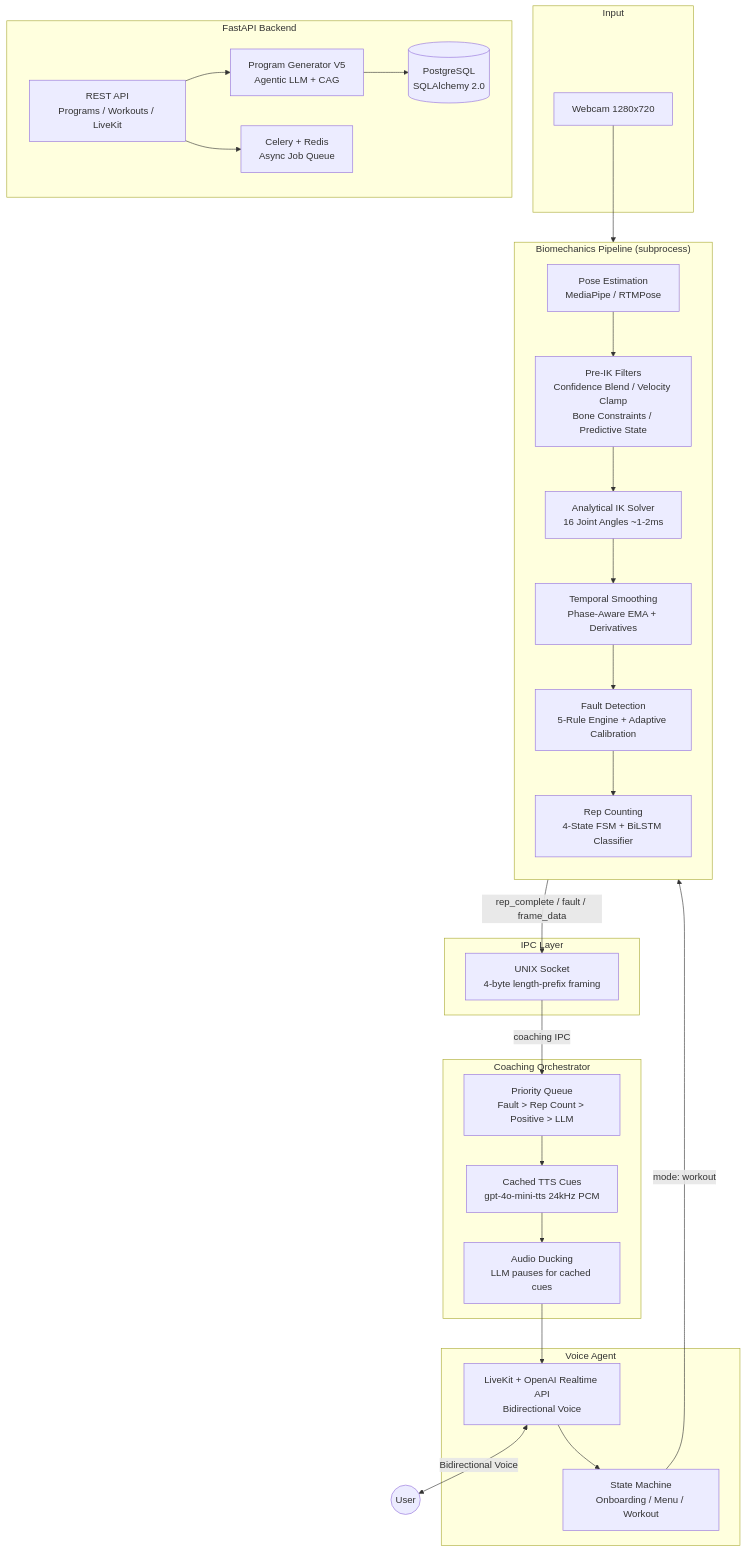
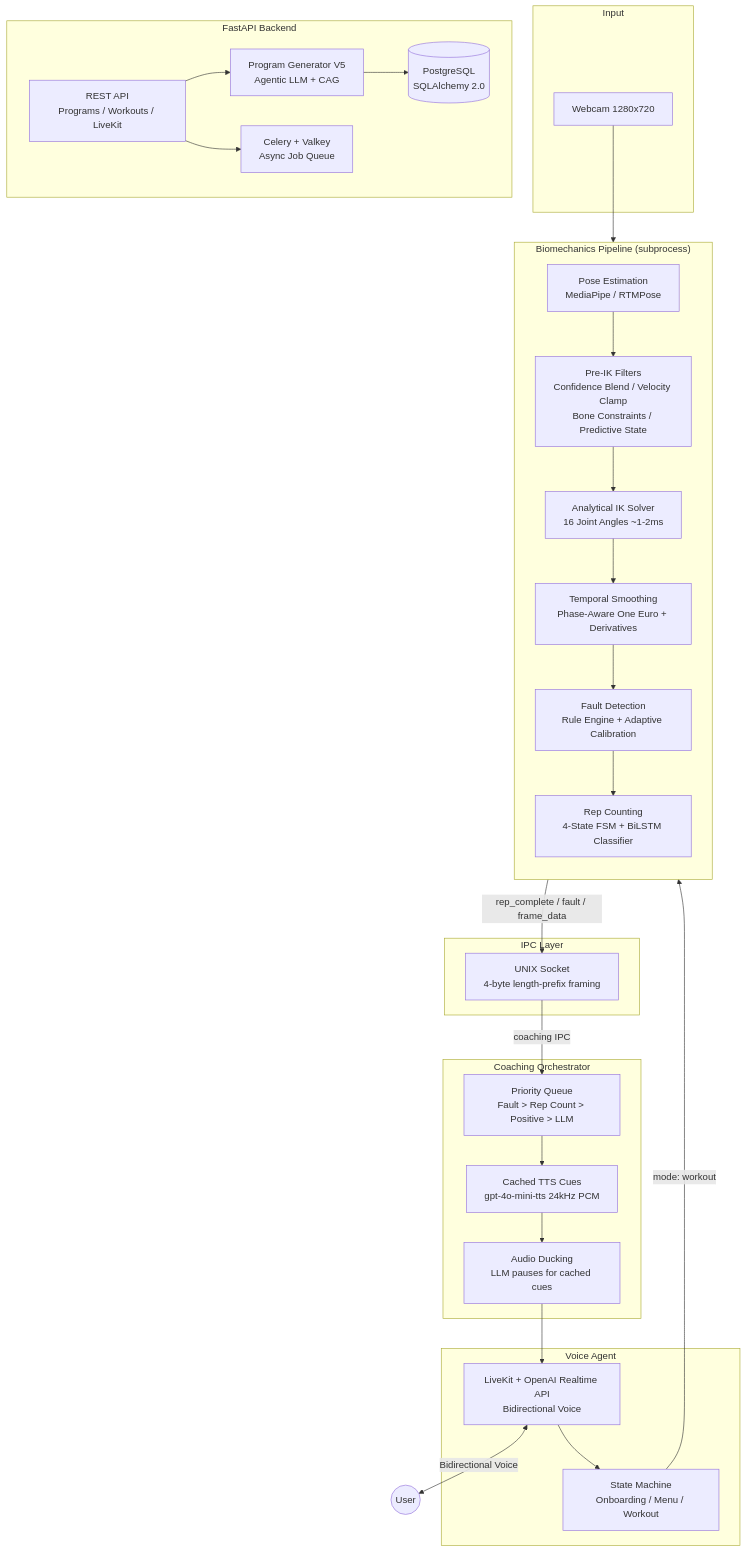
The diagram in README.md (Ambaks/NowvaLiveKit), drawn with Mermaid before and after one commit. The commit also changed other lines of this file and 37 other files, not shown here.

````diff
--- a/README.md
+++ b/README.md
@@ -26,51 +65,51 @@
 ```mermaid
 graph TB
     subgraph Input
         CAM[Webcam 1280x720]
     end
 
     subgraph biomechanics ["Biomechanics Pipeline (subprocess)"]
         direction TB
         PE[Pose Estimation<br/>MediaPipe / RTMPose]
         PRE[Pre-IK Filters<br/>Confidence Blend / Velocity Clamp<br/>Bone Constraints / Predictive State]
         IK[Analytical IK Solver<br/>16 Joint Angles ~1-2ms]
-        TS[Temporal Smoothing<br/>Phase-Aware EMA + Derivatives]
-        FD[Fault Detection<br/>5-Rule Engine + Adaptive Calibration]
+        TS[Temporal Smoothing<br/>Phase-Aware One Euro + Derivatives]
+        FD[Fault Detection<br/>Rule Engine + Adaptive Calibration]
         RC[Rep Counting<br/>4-State FSM + BiLSTM Classifier]
 
         PE --> PRE --> IK --> TS --> FD --> RC
     end
 
     subgraph ipc ["IPC Layer"]
         IPC1[UNIX Socket<br/>4-byte length-prefix framing]
     end
 
     subgraph coaching ["Coaching Orchestrator"]
         PQ[Priority Queue<br/>Fault > Rep Count > Positive > LLM]
         CC[Cached TTS Cues<br/>gpt-4o-mini-tts 24kHz PCM]
         DUCK[Audio Ducking<br/>LLM pauses for cached cues]
     end
 
     subgraph voice ["Voice Agent"]
         VA[LiveKit + OpenAI Realtime API<br/>Bidirectional Voice]
         SM[State Machine<br/>Onboarding / Menu / Workout]
     end
 
     subgraph backend ["FastAPI Backend"]
         API[REST API<br/>Programs / Workouts / LiveKit]
         PG[Program Generator V5<br/>Agentic LLM + CAG]
         DB[(PostgreSQL<br/>SQLAlchemy 2.0)]
-        TQ[Celery + Redis<br/>Async Job Queue]
+        TQ[Celery + Valkey<br/>Async Job Queue]
     end
 
     CAM --> PE
     RC -->|rep_complete / fault / frame_data| IPC1
     IPC1 -->|coaching IPC| PQ
     PQ --> CC --> DUCK
     DUCK --> VA
     VA <-->|Bidirectional Voice| USER((User))
     VA --> SM
     SM -->|mode: workout| biomechanics
     API --> PG --> DB
     API --> TQ
 ```
````
